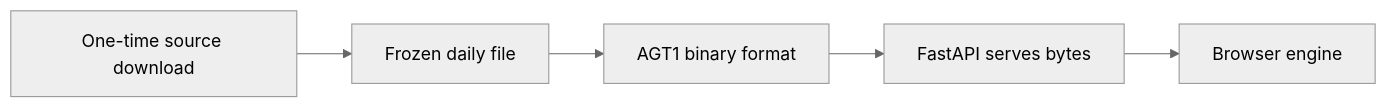
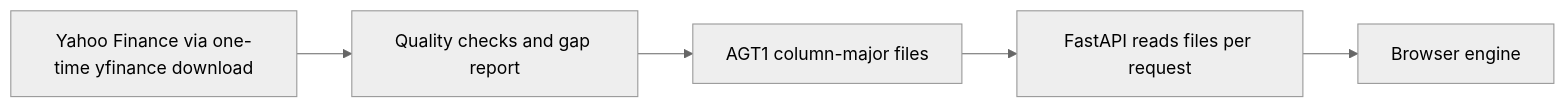
One commit to YashOnGit7/AlgoTrace changed the diagram in data/README.md. Above: the diagram before and after it, drawn with Mermaid (neutral theme). The commit also changed other lines of this file and 35 other files, not shown here.

Commit message:
Phase 4: NSE data and FastAPI, junk-bar cleanup

````diff
--- a/data/README.md
+++ b/data/README.md
@@ -6,7 +64,7 @@
 ```mermaid
 flowchart LR
-  Source[One-time source download] --> Frozen[Frozen daily file]
-  Frozen --> Binary[AGT1 binary format]
-  Binary --> API[FastAPI serves bytes]
+  Yahoo[Yahoo Finance via one-time yfinance download] --> Check[Quality checks and gap report]
+  Check --> Encode[AGT1 column-major files]
+  Encode --> API[FastAPI reads files per request]
   API --> Browser[Browser engine]
 ```
````
